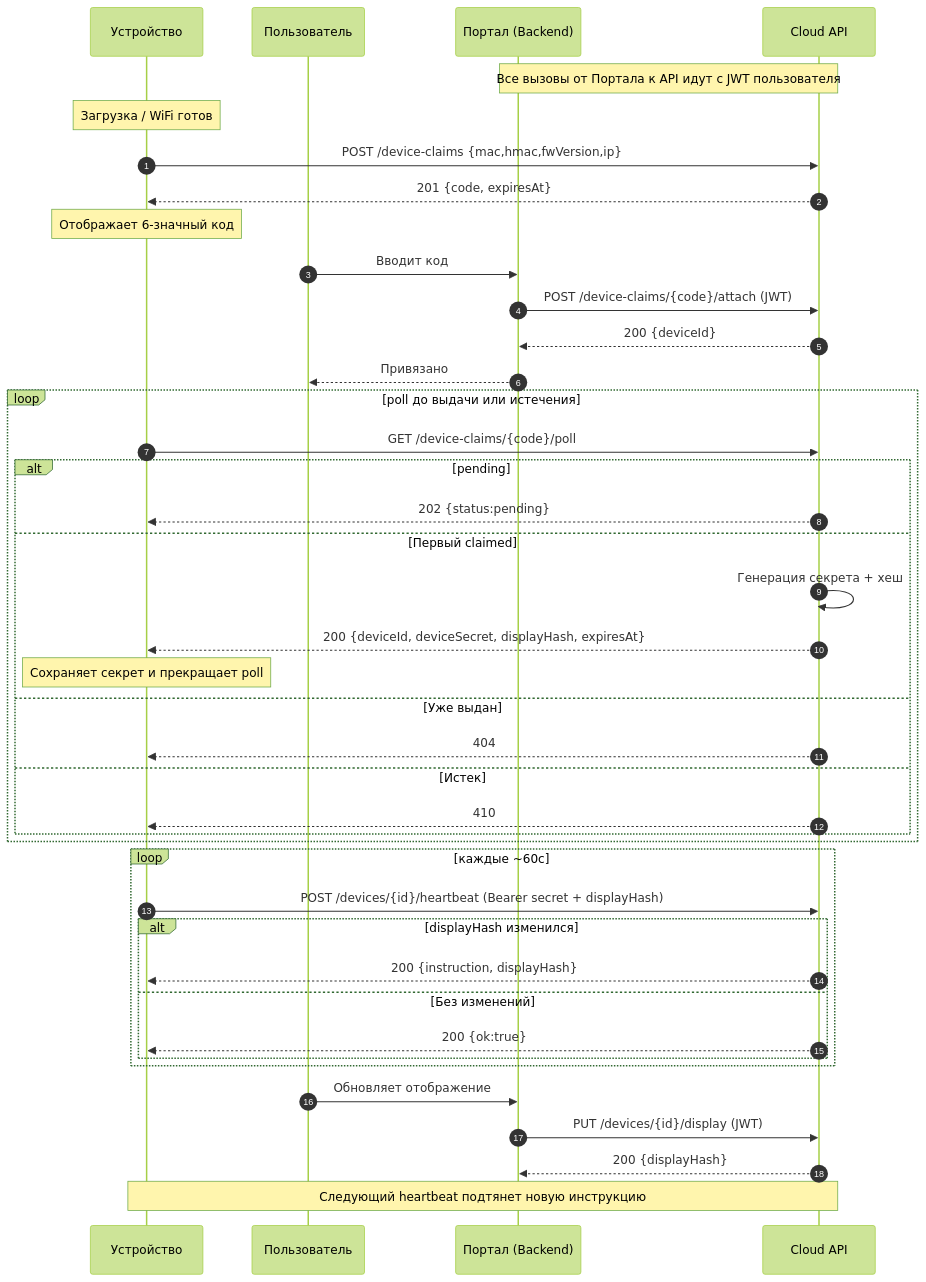
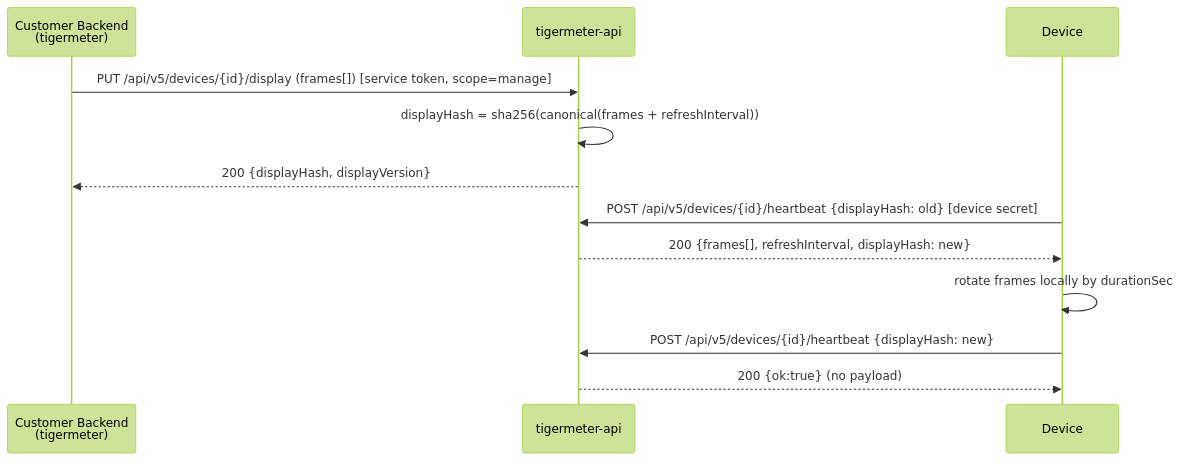
The diagram in README.md (rd1-io/tigermeter-api), drawn with Mermaid (forest theme) before and after one commit. The commit also changed other lines of this file and 61 other files, not shown here.

````diff
--- a/README.md
+++ b/README.md
@@ -124,43 +30,14 @@
 ```mermaid
 sequenceDiagram
-    autonumber
-    participant D as Устройство
-    participant U as Пользователь
-    participant Portal as Портал (Backend)
-    participant API as Cloud API
-    Note over Portal,API: Все вызовы от Портала к API идут с JWT пользователя
-    Note over D: Загрузка / WiFi готов
-    D->>API: POST /device-claims {mac,hmac,fwVersion,ip}
-    API-->>D: 201 {code, expiresAt}
-    Note over D: Отображает 6-значный код
-    U->>Portal: Вводит код
-    Portal->>API: POST /device-claims/{code}/attach (JWT)
-    API-->>Portal: 200 {deviceId}
-    Portal-->>U: Привязано
-    loop poll до выдачи или истечения
-        D->>API: GET /device-claims/{code}/poll
-        alt pending
-            API-->>D: 202 {status:pending}
-        else Первый claimed
-            API->>API: Генерация секрета + хеш
-            API-->>D: 200 {deviceId, deviceSecret, displayHash, expiresAt}
-            Note over D: Сохраняет секрет и прекращает poll
-        else Уже выдан
-            API-->>D: 404
-        else Истек
-            API-->>D: 410
-        end
-    end
-    loop каждые ~60с
-        D->>API: POST /devices/{id}/heartbeat (Bearer secret + displayHash)
-        alt displayHash изменился
-            API-->>D: 200 {instruction, displayHash}
-        else Без изменений
-            API-->>D: 200 {ok:true}
-        end
-    end
-    U->>Portal: Обновляет отображение
-    Portal->>API: PUT /devices/{id}/display (JWT)
-    API-->>Portal: 200 {displayHash}
-    Note over API,D: Следующий heartbeat подтянет новую инструкцию
+    participant Cust as Customer Backend<br/>(tigermeter)
+    participant API as tigermeter-api
+    participant Device
+    Cust->>API: PUT /api/v5/devices/{id}/display (frames[])  [service token, scope=manage]
+    API->>API: displayHash = sha256(canonical(frames + refreshInterval))
+    API-->>Cust: 200 {displayHash, displayVersion}
+    Device->>API: POST /api/v5/devices/{id}/heartbeat {displayHash: old}  [device secret]
+    API-->>Device: 200 {frames[], refreshInterval, displayHash: new}
+    Device->>Device: rotate frames locally by durationSec
+    Device->>API: POST /api/v5/devices/{id}/heartbeat {displayHash: new}
+    API-->>Device: 200 {ok:true}  (no payload)
 ```
````
